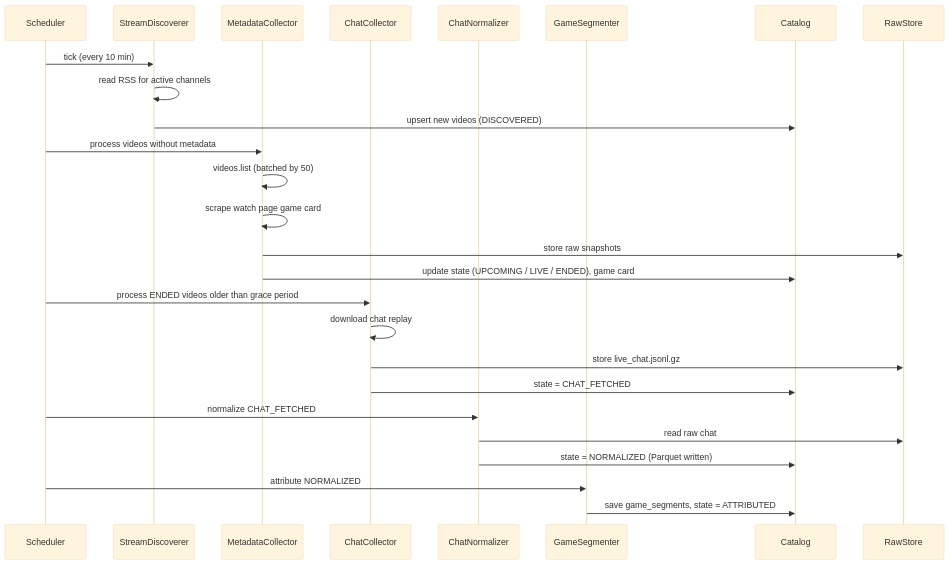
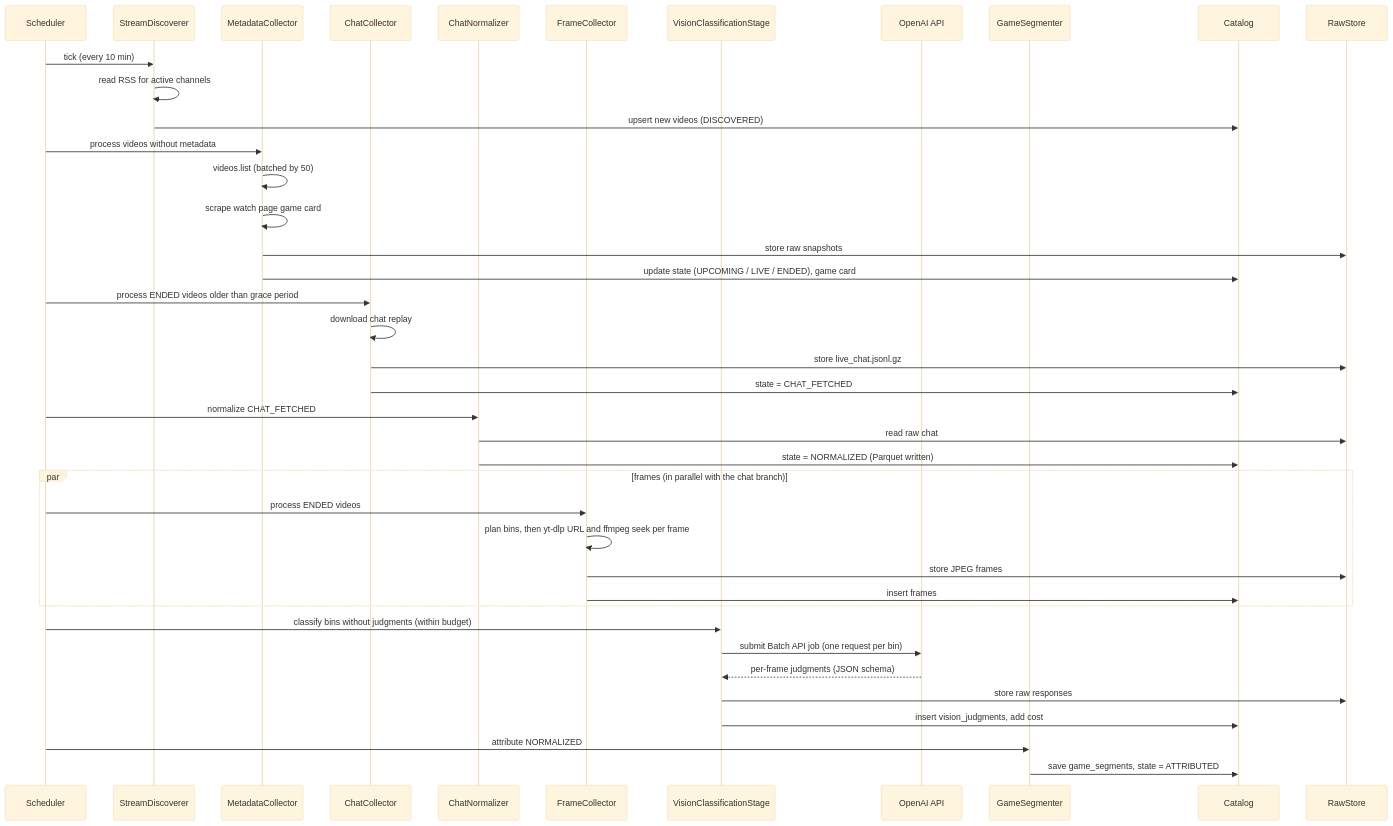
One commit to konbraphat51/YtLiveCommentsJpGame changed the fifth of 6 diagrams in Docs/SystemDesign.md. Above: the diagram before and after it, drawn with Mermaid (base theme). The commit also changed other lines of this file and 1 other file, not shown here.

First line of the commit message:
docs: extend design with vision segmentation, query layer, channel policy and quota priorities

````diff
--- a/Docs/SystemDesign.md
+++ b/Docs/SystemDesign.md
@@ -371,29 +740,43 @@
 ```mermaid
 sequenceDiagram
   participant S as Scheduler
   participant D as StreamDiscoverer
   participant M as MetadataCollector
   participant C as ChatCollector
   participant N as ChatNormalizer
+  participant F as FrameCollector
+  participant V as VisionClassificationStage
+  participant O as OpenAI API
   participant G as GameSegmenter
   participant DB as Catalog
   participant R as RawStore
 
   S->>D: tick (every 10 min)
   D->>D: read RSS for active channels
   D->>DB: upsert new videos (DISCOVERED)
   S->>M: process videos without metadata
   M->>M: videos.list (batched by 50)
   M->>M: scrape watch page game card
   M->>R: store raw snapshots
   M->>DB: update state (UPCOMING / LIVE / ENDED), game card
   S->>C: process ENDED videos older than grace period
   C->>C: download chat replay
   C->>R: store live_chat.jsonl.gz
   C->>DB: state = CHAT_FETCHED
   S->>N: normalize CHAT_FETCHED
   N->>R: read raw chat
   N->>DB: state = NORMALIZED (Parquet written)
+  par frames (in parallel with the chat branch)
+    S->>F: process ENDED videos
+    F->>F: plan bins, then yt-dlp URL and ffmpeg seek per frame
+    F->>R: store JPEG frames
+    F->>DB: insert frames
+  end
+  S->>V: classify bins without judgments (within budget)
+  V->>O: submit Batch API job (one request per bin)
+  O-->>V: per-frame judgments (JSON schema)
+  V->>R: store raw responses
+  V->>DB: insert vision_judgments, add cost
   S->>G: attribute NORMALIZED
   G->>DB: save game_segments, state = ATTRIBUTED
 ```
````
